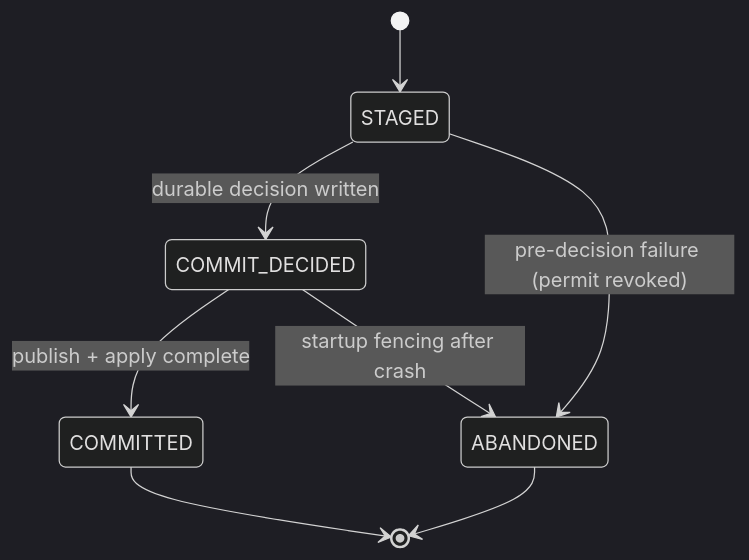
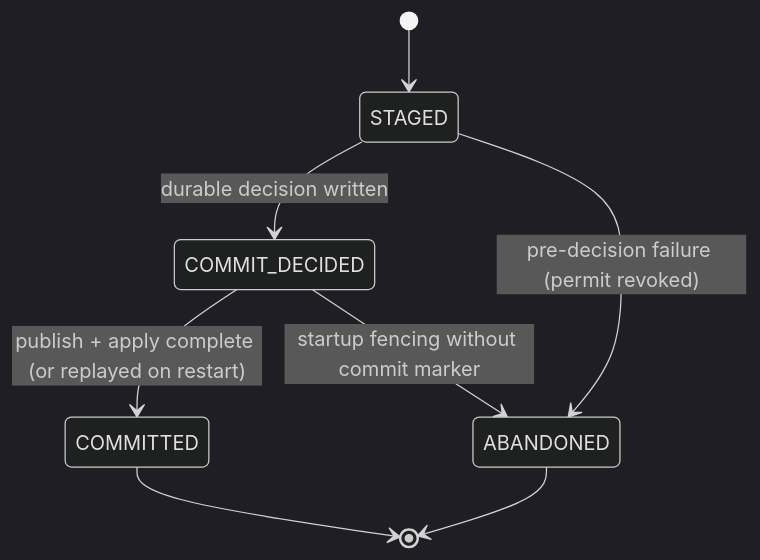
One commit to diaosj/fluxway changed the first of 2 diagrams in docs/checkpoint.md. Above: the diagram before and after it, drawn with Mermaid (dark theme). The commit also changed other lines of this file and 170 other files, not shown here.

````diff
--- a/docs/checkpoint.md
+++ b/docs/checkpoint.md
@@ -46,10 +64,10 @@
 ```mermaid
 stateDiagram-v2
     [*] --> STAGED
     STAGED --> COMMIT_DECIDED: durable decision written
     STAGED --> ABANDONED: pre-decision failure (permit revoked)
-    COMMIT_DECIDED --> COMMITTED: publish + apply complete
-    COMMIT_DECIDED --> ABANDONED: startup fencing after crash
+    COMMIT_DECIDED --> COMMITTED: publish + apply complete (or replayed on restart)
+    COMMIT_DECIDED --> ABANDONED: startup fencing without commit marker
     COMMITTED --> [*]
     ABANDONED --> [*]
 ```
````
